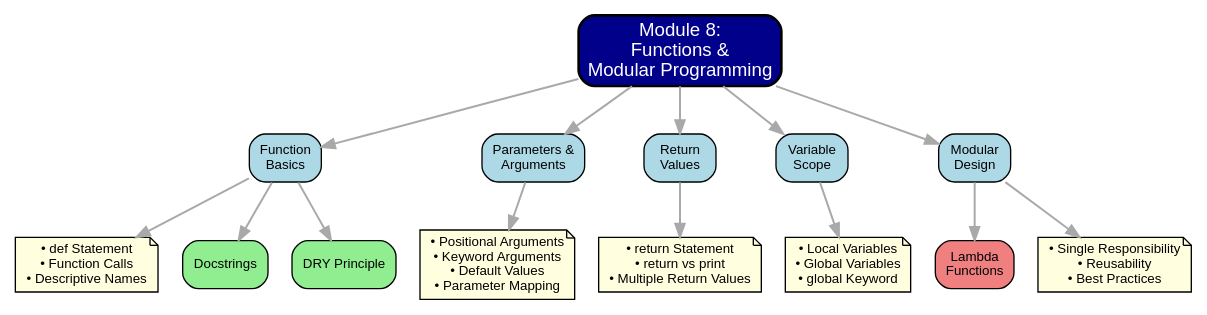
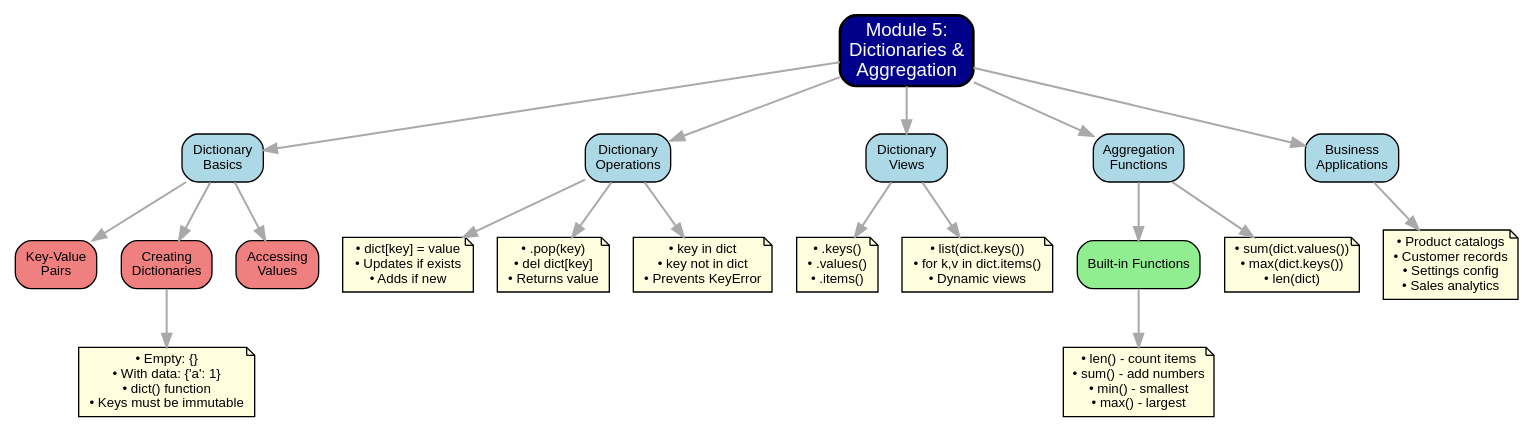
The diagram in images/mindmaps/module08-mindmap.dot (prof-tcsmith/muma-intro-python), drawn with Graphviz before and after one commit. The commit also changed 32 other files, not shown here.

```diff
--- a/images/mindmaps/module08-mindmap.dot
+++ b/images/mindmaps/module08-mindmap.dot
@@ -1,41 +1,50 @@
-digraph Module8_MindMap {
+digraph Module5_MindMap {
     rankdir=TB;
     node [shape=box, style="rounded,filled", fillcolor=lightblue, fontname="Arial", fontsize=10];
     edge [color=darkgray, penwidth=1.5];
     
     // Central node
-    central [label="Module 8:\nFunctions &\nModular Programming", fillcolor=darkblue, fontcolor=white, fontsize=14, penwidth=2];
+    central [label="Module 5:\nDictionaries &\nAggregation", fillcolor=darkblue, fontcolor=white, fontsize=14, penwidth=2];
     
     // Main branches
-    basics [label="Function\nBasics", fillcolor=lightblue];
-    params [label="Parameters &\nArguments", fillcolor=lightblue];
-    returns [label="Return\nValues", fillcolor=lightblue];
-    scope [label="Variable\nScope", fillcolor=lightblue];
-    modular [label="Modular\nDesign", fillcolor=lightblue];
+    dict_basics [label="Dictionary\nBasics", fillcolor=lightblue];
+    dict_ops [label="Dictionary\nOperations", fillcolor=lightblue];
+    dict_views [label="Dictionary\nViews", fillcolor=lightblue];
+    aggregation [label="Aggregation\nFunctions", fillcolor=lightblue];
+    applications [label="Business\nApplications", fillcolor=lightblue];
     
-    // Sub-branches for Function Basics
-    def_concepts [label="• def Statement\n• Function Calls\n• Descriptive Names", shape=note, fillcolor=lightyellow];
-    documentation [label="Docstrings", fillcolor=lightgreen];
-    dry [label="DRY Principle", fillcolor=lightgreen];
+    // Sub-branches for Dictionary Basics
+    key_value [label="Key-Value\nPairs", fillcolor=lightcoral];
+    creating [label="Creating\nDictionaries", fillcolor=lightcoral];
+    accessing [label="Accessing\nValues", fillcolor=lightcoral];
     
-    // Sub-branches for Parameters & Arguments
-    param_types [label="• Positional Arguments\n• Keyword Arguments\n• Default Values\n• Parameter Mapping", shape=note, fillcolor=lightyellow];
+    // Dictionary creation details
+    create_details [label="• Empty: {}\n• With data: {'a': 1}\n• dict() function\n• Keys must be immutable", shape=note, fillcolor=lightyellow];
     
-    // Sub-branches for Return Values
-    return_concepts [label="• return Statement\n• return vs print\n• Multiple Return Values", shape=note, fillcolor=lightyellow];
+    // Sub-branches for Dictionary Operations
+    add_update [label="• dict[key] = value\n• Updates if exists\n• Adds if new", shape=note, fillcolor=lightyellow];
+    remove [label="• .pop(key)\n• del dict[key]\n• Returns value", shape=note, fillcolor=lightyellow];
+    check [label="• key in dict\n• key not in dict\n• Prevents KeyError", shape=note, fillcolor=lightyellow];
     
-    // Sub-branches for Variable Scope
-    scope_types [label="• Local Variables\n• Global Variables\n• global Keyword", shape=note, fillcolor=lightyellow];
+    // Sub-branches for Dictionary Views
+    views [label="• .keys()\n• .values()\n• .items()", shape=note, fillcolor=lightyellow];
+    view_usage [label="• list(dict.keys())\n• for k,v in dict.items()\n• Dynamic views", shape=note, fillcolor=lightyellow];
     
-    // Sub-branches for Modular Design
-    lambda_func [label="Lambda\nFunctions", fillcolor=lightcoral];
-    design_principles [label="• Single Responsibility\n• Reusability\n• Best Practices", shape=note, fillcolor=lightyellow];
+    // Sub-branches for Aggregation
+    agg_funcs [label="Built-in Functions", fillcolor=lightgreen];
+    agg_details [label="• len() - count items\n• sum() - add numbers\n• min() - smallest\n• max() - largest", shape=note, fillcolor=lightyellow];
+    agg_dict [label="• sum(dict.values())\n• max(dict.keys())\n• len(dict)", shape=note, fillcolor=lightyellow];
+    
+    // Sub-branches for Applications
+    use_cases [label="• Product catalogs\n• Customer records\n• Settings config\n• Sales analytics", shape=note, fillcolor=lightyellow];
     
     // Connections
-    central -> {basics params returns scope modular};
-    basics -> {def_concepts documentation dry};
-    params -> param_types;
-    returns -> return_concepts;
-    scope -> scope_types;
-    modular -> {lambda_func design_principles};
+    central -> {dict_basics dict_ops dict_views aggregation applications};
+    dict_basics -> {key_value creating accessing};
+    creating -> create_details;
+    dict_ops -> {add_update remove check};
+    dict_views -> {views view_usage};
+    aggregation -> {agg_funcs agg_dict};
+    agg_funcs -> agg_details;
+    applications -> use_cases;
 }
```
